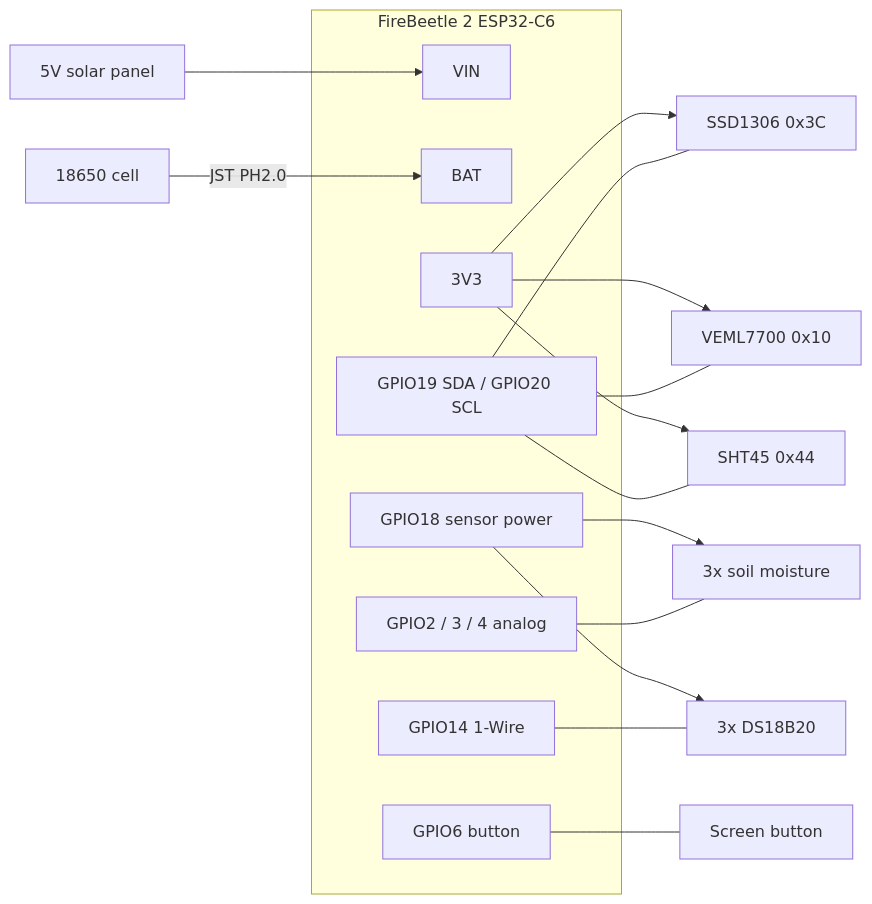
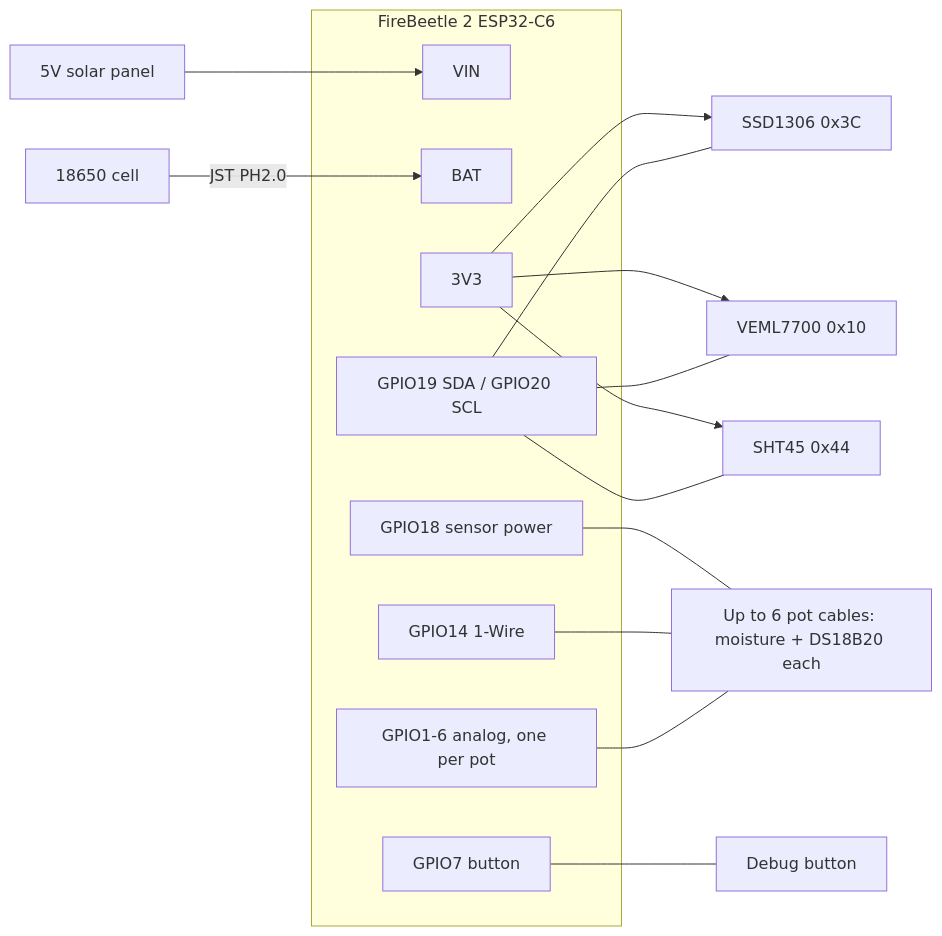
One commit to treefitty/greenhouse-monitor changed the diagram in docs/wiring.md. Above: the diagram before and after it, drawn with Mermaid. The commit also changed other lines of this file, not shown here.

Commit message:
Wire pots on one 4-core cable each, allow up to 6 pots

````diff
--- a/docs/wiring.md
+++ b/docs/wiring.md
@@ -11,21 +11,19 @@
 ```mermaid
 flowchart LR
     panel[5V solar panel] --> VIN
     cell[18650 cell] -- JST PH2.0 --> BAT
     subgraph board[FireBeetle 2 ESP32-C6]
         VIN
         BAT
         V33[3V3]
         I2C[GPIO19 SDA / GPIO20 SCL]
         PWR[GPIO18 sensor power]
         OW[GPIO14 1-Wire]
-        ADC[GPIO2 / 3 / 4 analog]
-        BTN[GPIO6 button]
+        ADC[GPIO1-6 analog, one per pot]
+        BTN[GPIO7 button]
     end
     V33 --> oled[SSD1306 0x3C] & veml[VEML7700 0x10] & sht[SHT45 0x44]
     I2C --- oled & veml & sht
-    PWR --> soil[3x soil moisture] & ds[3x DS18B20]
-    ADC --- soil
-    OW --- ds
-    BTN --- button[Screen button]
+    PWR & OW & ADC --- pots[Up to 6 pot cables: moisture + DS18B20 each]
+    BTN --- button[Debug button]
 ```
````
